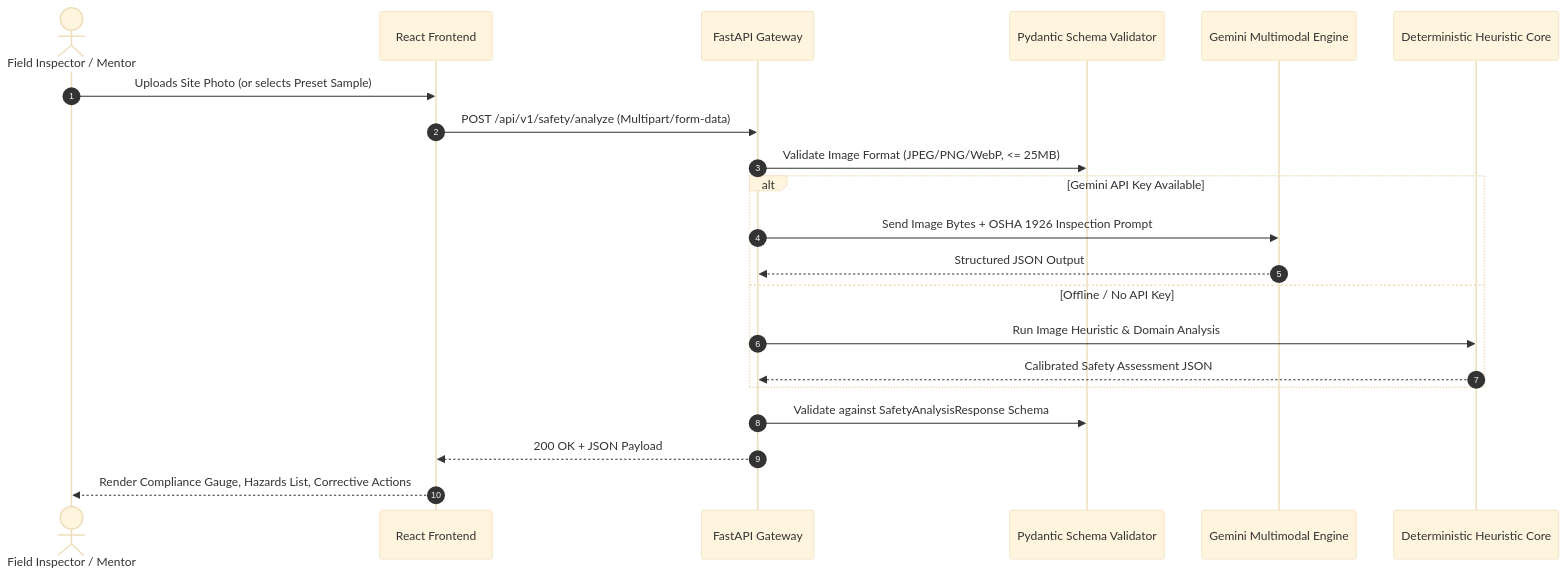
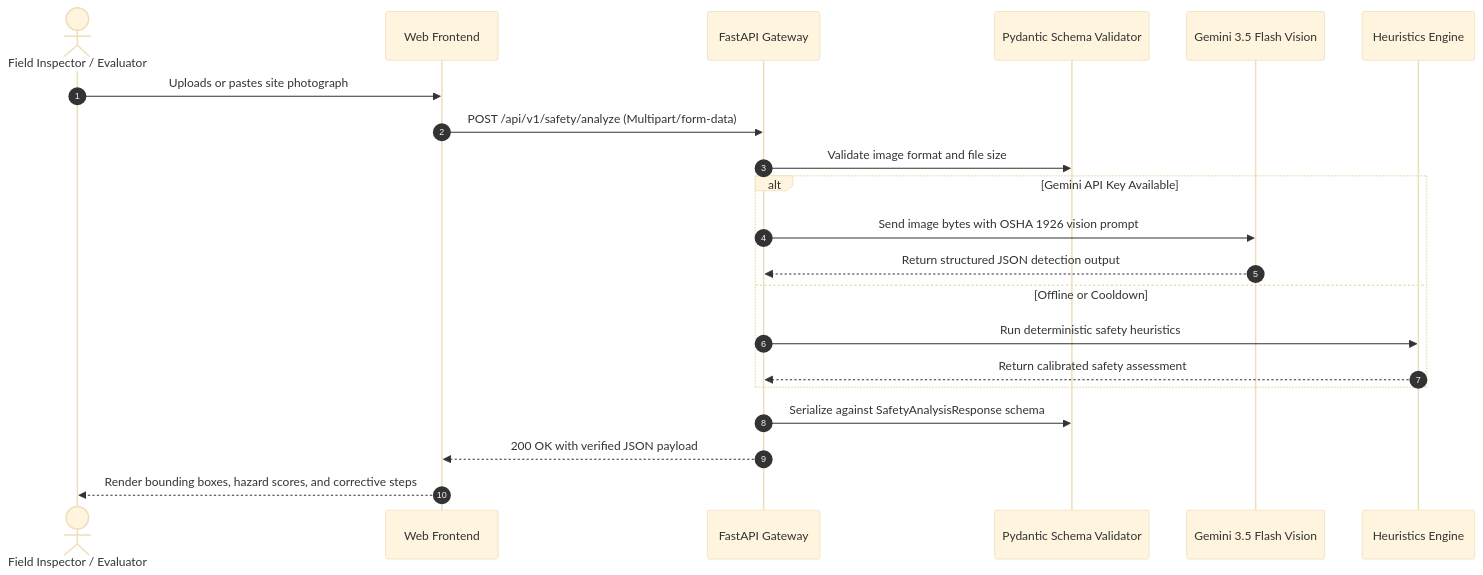
The second of 2 diagrams in docs/ARCHITECTURE.md (nainaaa10/construction-intelligence-platform), drawn with Mermaid (base theme) before and after one commit. The commit also changed other lines of this file and 4 other files, not shown here.

Commit message:
docs: simplify documentation, add proper mermaid diagrams, and update platform screenshot

````diff
--- a/docs/ARCHITECTURE.md
+++ b/docs/ARCHITECTURE.md
@@ -83,24 +63,24 @@
 ```mermaid
 sequenceDiagram
     autonumber
-    actor User as Field Inspector / Mentor
-    participant WebUI as React Frontend
+    actor User as Field Inspector / Evaluator
+    participant WebUI as Web Frontend
     participant API as FastAPI Gateway
     participant Pydantic as Pydantic Schema Validator
-    participant AI as Gemini Multimodal Engine
-    participant Fallback as Deterministic Heuristic Core
+    participant AI as Gemini 3.5 Flash Vision
+    participant Fallback as Heuristics Engine
 
-    User->>WebUI: Uploads Site Photo (or selects Preset Sample)
+    User->>WebUI: Uploads or pastes site photograph
     WebUI->>API: POST /api/v1/safety/analyze (Multipart/form-data)
-    API->>Pydantic: Validate Image Format (JPEG/PNG/WebP, <= 25MB)
+    API->>Pydantic: Validate image format and file size
     alt Gemini API Key Available
-        API->>AI: Send Image Bytes + OSHA 1926 Inspection Prompt
-        AI-->>API: Structured JSON Output
-    else Offline / No API Key
-        API->>Fallback: Run Image Heuristic & Domain Analysis
-        Fallback-->>API: Calibrated Safety Assessment JSON
+        API->>AI: Send image bytes with OSHA 1926 vision prompt
+        AI-->>API: Return structured JSON detection output
+    else Offline or Cooldown
+        API->>Fallback: Run deterministic safety heuristics
+        Fallback-->>API: Return calibrated safety assessment
     end
-    API->>Pydantic: Validate against SafetyAnalysisResponse Schema
-    API-->>WebUI: 200 OK + JSON Payload
-    WebUI-->>User: Render Compliance Gauge, Hazards List, Corrective Actions
+    API->>Pydantic: Serialize against SafetyAnalysisResponse schema
+    API-->>WebUI: 200 OK with verified JSON payload
+    WebUI-->>User: Render bounding boxes, hazard scores, and corrective steps
 ```
````
